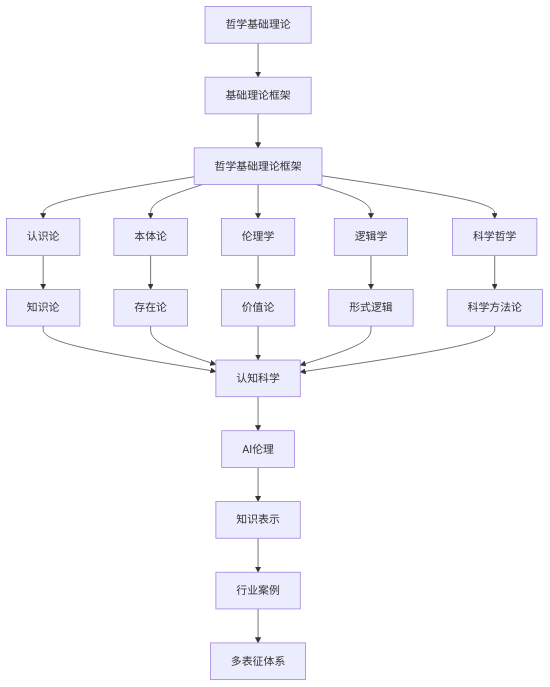
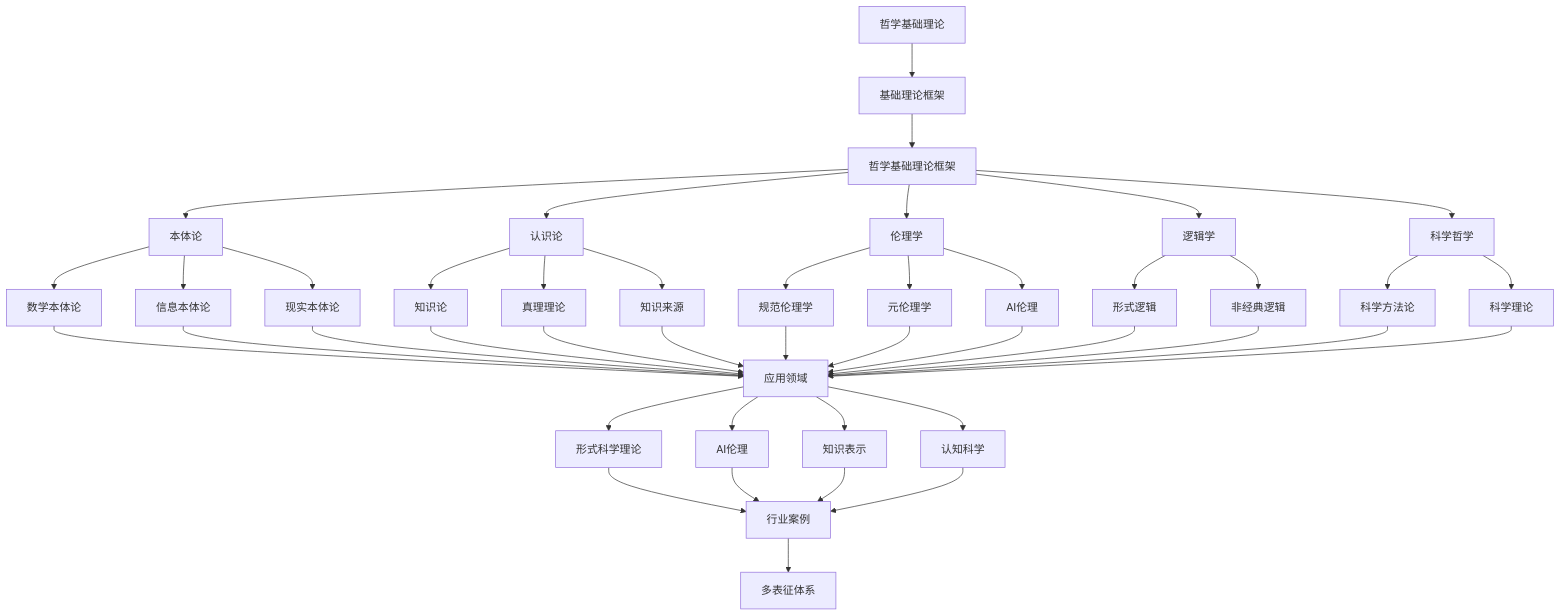
The diagram in Analysis/2-形式科学理论/2.9-哲学基础理论/README.md (AdaMartin18010/Data-Science), drawn with Mermaid before and after one commit. The commit also changed other lines of this file and 40 other files, not shown here.

````diff
--- a/Analysis/2-形式科学理论/2.9-哲学基础理论/README.md
+++ b/Analysis/2-形式科学理论/2.9-哲学基础理论/README.md
@@ -21,20 +292,37 @@
 ```mermaid
 flowchart TD
   A[哲学基础理论] --> B[基础理论框架]
   B --> C[哲学基础理论框架]
-  C --> D[认识论]
-  C --> E[本体论]
+  C --> D[本体论]
+  C --> E[认识论]
   C --> F[伦理学]
   C --> G[逻辑学]
   C --> H[科学哲学]
-  D --> I[知识论]
-  E --> J[存在论]
-  F --> K[价值论]
-  G --> L[形式逻辑]
-  H --> M[科学方法论]
-  I & J & K & L & M --> N[认知科学]
-  N --> O[AI伦理]
-  O --> P[知识表示]
-  P --> Q[行业案例]
-  Q --> R[多表征体系]
+
+  D --> I[数学本体论]
+  D --> J[信息本体论]
+  D --> K[现实本体论]
+
+  E --> L[知识论]
+  E --> M[真理理论]
+  E --> N[知识来源]
+
+  F --> O[规范伦理学]
+  F --> P[元伦理学]
+  F --> Q[AI伦理]
+
+  G --> R[形式逻辑]
+  G --> S[非经典逻辑]
+
+  H --> T[科学方法论]
+  H --> U[科学理论]
+
+  I & J & K & L & M & N & O & P & Q & R & S & T & U --> V[应用领域]
+  V --> W[形式科学理论]
+  V --> X[AI伦理]
+  V --> Y[知识表示]
+  V --> Z[认知科学]
+
+  W & X & Y & Z --> AA[行业案例]
+  AA --> AB[多表征体系]
 ```
````
